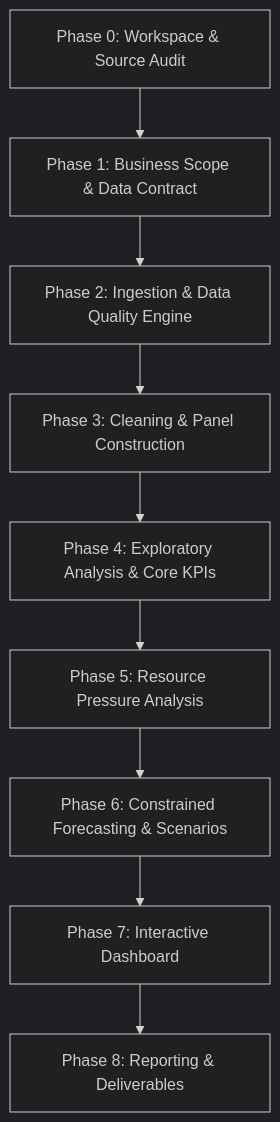
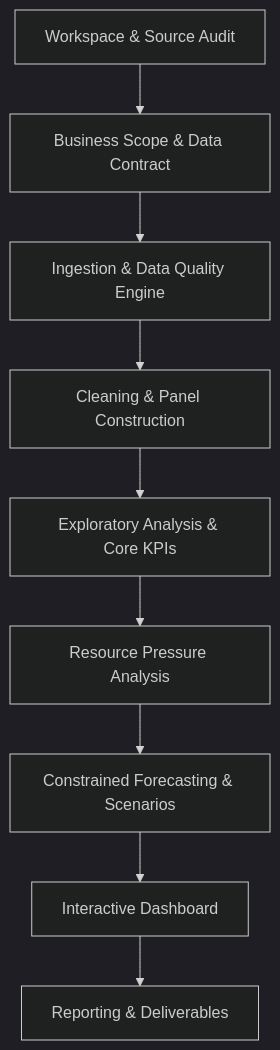
One commit to haidangnguyen-cs/smart-school-resource-planning changed the diagram in docs/project_charter.md. Above: the diagram before and after it, drawn with Mermaid (dark theme). The commit also changed other lines of this file and 33 other files, not shown here.

Commit message:
feat(planning): implement NCES ingestion and quality validation

````diff
--- a/docs/project_charter.md
+++ b/docs/project_charter.md
@@ -66,11 +66,11 @@
 ```mermaid
 graph TD
-    P0[Phase 0: Workspace & Source Audit] --> P1[Phase 1: Business Scope & Data Contract]
-    P1 --> P2[Phase 2: Ingestion & Data Quality Engine]
-    P2 --> P3[Phase 3: Cleaning & Panel Construction]
-    P3 --> P4[Phase 4: Exploratory Analysis & Core KPIs]
-    P4 --> P5[Phase 5: Resource Pressure Analysis]
-    P5 --> P6[Phase 6: Constrained Forecasting & Scenarios]
-    P6 --> P7[Phase 7: Interactive Dashboard]
-    P7 --> P8[Phase 8: Reporting & Deliverables]
+    M1[Workspace & Source Audit] --> M2[Business Scope & Data Contract]
+    M2 --> M3[Ingestion & Data Quality Engine]
+    M3 --> M4[Cleaning & Panel Construction]
+    M4 --> M5[Exploratory Analysis & Core KPIs]
+    M5 --> M6[Resource Pressure Analysis]
+    M6 --> M7[Constrained Forecasting & Scenarios]
+    M7 --> M8[Interactive Dashboard]
+    M8 --> M9[Reporting & Deliverables]
 ```
````
